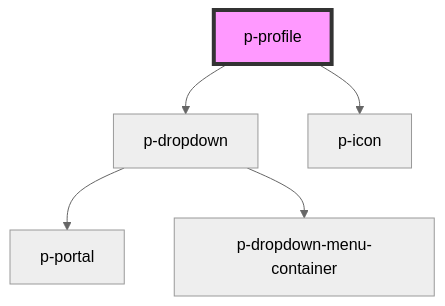
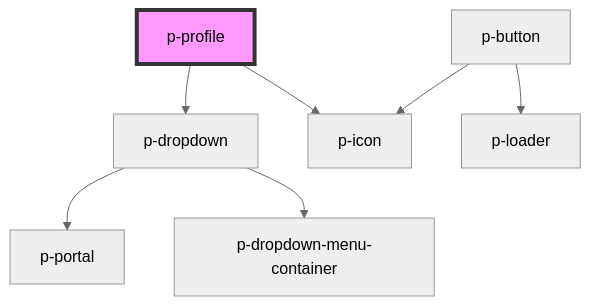
Before and after one commit to Employes/Paperless: the diagram in packages/core/src/components/molecules/profile/readme.md, drawn with Mermaid (neutral theme). The commit also changed other lines of this file and 4 other files, not shown here.

````diff
--- a/packages/core/src/components/molecules/profile/readme.md
+++ b/packages/core/src/components/molecules/profile/readme.md
@@ -32,8 +31,10 @@
 ```mermaid
 graph TD;
   p-profile --> p-dropdown
   p-profile --> p-icon
   p-dropdown --> p-portal
   p-dropdown --> p-dropdown-menu-container
+  p-button --> p-icon
+  p-button --> p-loader
   style p-profile fill:#f9f,stroke:#333,stroke-width:4px
 ```
````
